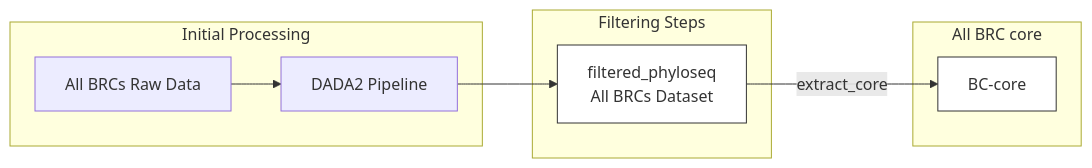
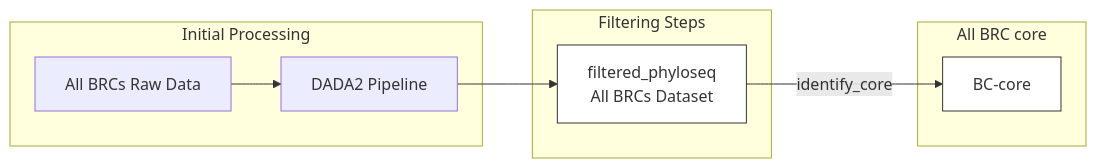
One commit to germs-lab/interbrc-core-analysis changed the first of 2 diagrams in notebooks/brc_jbei_report.qmd. Above: the diagram before and after it, drawn with Mermaid. The commit also changed other lines of this file and 16 other files, not shown here.

First line of the commit message:
Update codebase to use identify_core() from BRCore develop branch

````diff
--- a/notebooks/brc_jbei_report.qmd
+++ b/notebooks/brc_jbei_report.qmd
@@ -79,18 +79,18 @@
 ```{mermaid}
 flowchart LR
     A[All BRCs Raw Data] --> B[DADA2 Pipeline]
     B --> C[filtered_phyloseq<br/>All BRCs Dataset]
-    C -->|extract_core| D[BC-core]
+    C -->|identify_core| D[BC-core]
     subgraph "Initial Processing"
         A
         B
     end
     subgraph "Filtering Steps"
         C
         style C fill:#fff,stroke:#333
     end
     subgraph "All BRC core"
         D
         style D fill:#fff,stroke:#333
     end
 ```
````
